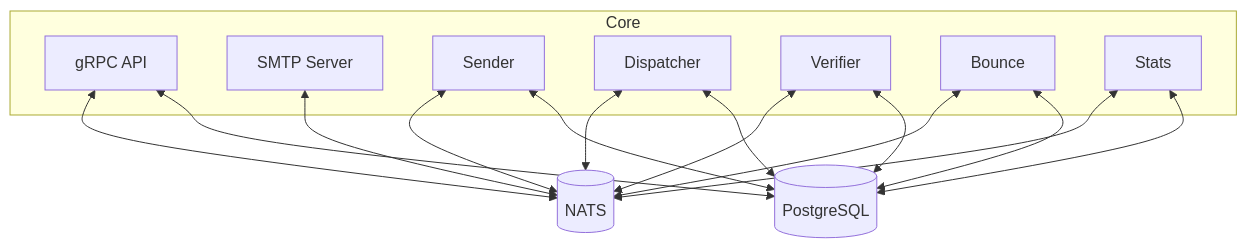
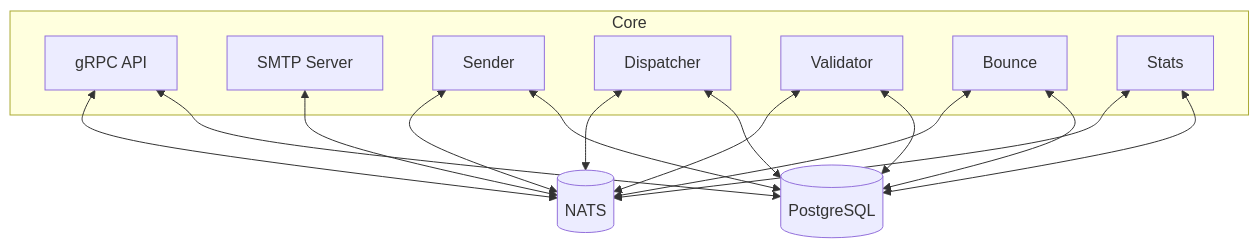
The second of 2 diagrams in ARCHITECTURE.md (kannon-email/kannon), drawn with Mermaid before and after one commit. The commit also changed other lines of this file and 6 other files, not shown here.

First line of the commit message:
refactor: rename Verifier to Validator with deprecated alias (#324)

````diff
--- a/ARCHITECTURE.md
+++ b/ARCHITECTURE.md
@@ -216,27 +216,27 @@
 ```mermaid
 flowchart TD
     subgraph Core
         API["gRPC API"]
         SMTP["SMTP Server"]
         Sender["Sender"]
         Dispatcher["Dispatcher"]
-        Verifier["Verifier"]
+        Validator["Validator"]
         Bounce["Bounce"]
         Stats["Stats"]
     end
     DB[(PostgreSQL)]
     NATS[(NATS)]
     API <--> DB
     Dispatcher <--> DB
     Sender <--> DB
-    Verifier <--> DB
+    Validator <--> DB
     Stats <--> DB
     Bounce <--> DB
     API <--> NATS
     Sender <--> NATS
     Dispatcher <--> NATS
     SMTP <--> NATS
     Stats <--> NATS
-    Verifier <--> NATS
+    Validator <--> NATS
     Bounce <--> NATS
 ```
````
